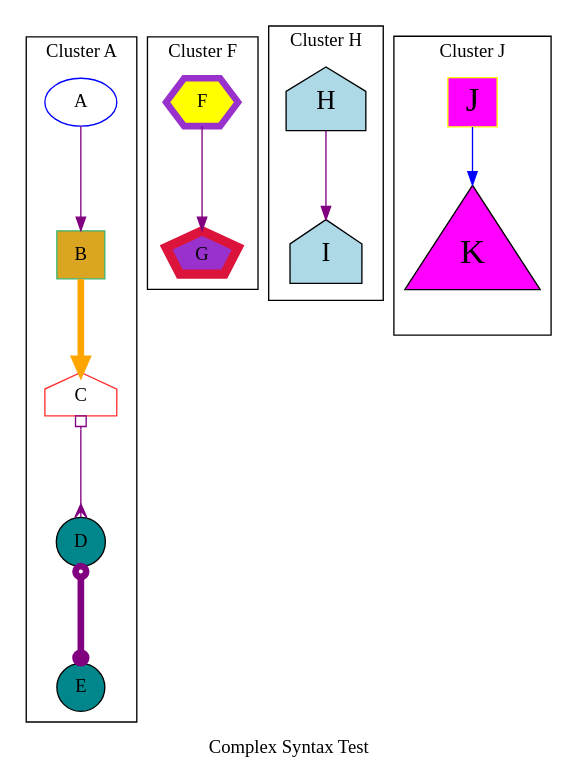
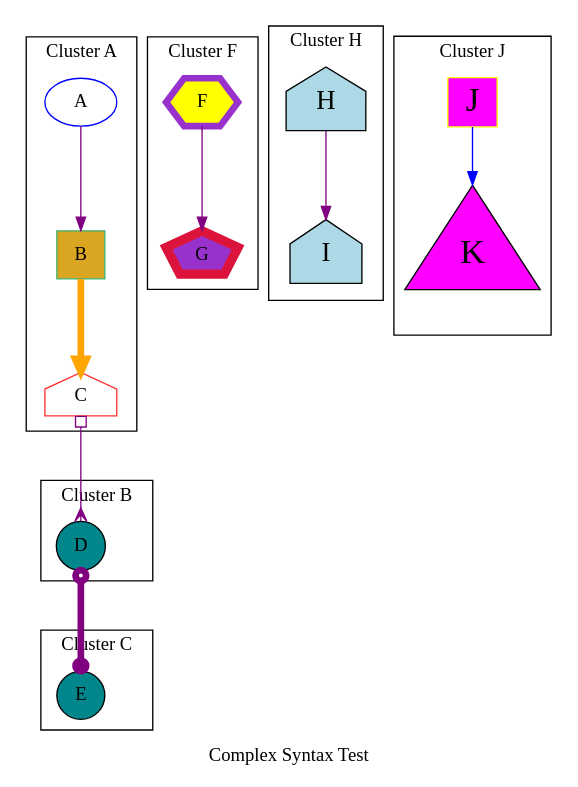
Before and after one commit to graphviz-perl/GraphViz2-Marpa-PathUtils: the diagram in data/13.clusters.out.gv, drawn with Graphviz. The commit also changed 11 other files, not shown here.

```diff
--- a/data/13.clusters.out.gv
+++ b/data/13.clusters.out.gv
@@ -1,49 +1,67 @@
 strict digraph graph_55
 {
 graph [ label="Complex Syntax Test" rankdir="TB" ]
 
 subgraph "cluster A"
 {
 graph [ label="Cluster A" rankdir="TB" ]
 
 "A" [ color="blue" ]
 "B" [ color="mediumseagreen" fillcolor="goldenrod" shape="square" style="filled" ]
 "A" -> "B" [ color="purple" label="" ]
 "B" [ color="mediumseagreen" fillcolor="goldenrod" shape="square" style="filled" ]
 "C" [ color="firebrick1" shape="house" ]
 "B" -> "C" [ color="orange" label="" penwidth="5" ]
+}
+
+subgraph "cluster B"
+{
+graph [ label="Cluster B" rankdir="TB" ]
+
+"B" [ color="mediumseagreen" fillcolor="goldenrod" shape="square" style="filled" ]
+"C" [ color="firebrick1" shape="house" ]
+"B" -> "C" [ color="orange" label="" penwidth="5" ]
+"C" [ color="firebrick1" shape="house" ]
+"D" [ fillcolor="turquoise4" shape="circle" style="filled" ]
+"C" -> "D" [ arrowhead="crow" arrowtail="obox" color="purple" dir="both" label="" minlen="2" ]
+}
+
+subgraph "cluster C"
+{
+graph [ label="Cluster C" rankdir="TB" ]
+
 "C" [ color="firebrick1" shape="house" ]
 "D" [ fillcolor="turquoise4" shape="circle" style="filled" ]
 "C" -> "D" [ arrowhead="crow" arrowtail="obox" color="purple" dir="both" label="" minlen="2" ]
 "D" [ fillcolor="turquoise4" shape="circle" style="filled" ]
 "E" [ fillcolor="turquoise4" shape="circle" style="filled" ]
 "D" -> "E" [ arrowhead="dot" arrowtail="odot" color="purple" dir="both" label="" minlen="2" penwidth="5" ]
 }
 
 subgraph "cluster F"
 {
 graph [ label="Cluster F" rankdir="TB" ]
 
 "F" [ color="darkorchid" fillcolor="yellow" penwidth="5" shape="hexagon" style="filled" ]
 "G" [ color="crimson" fillcolor="darkorchid" penwidth="7" shape="pentagon" style="filled" ]
 "F" -> "G" [ color="purple" label="" ]
 }
 
 subgraph "cluster H"
 {
 graph [ label="Cluster H" rankdir="TB" ]
 
 "H" [ fillcolor="lightblue" fontsize="20" shape="house" style="filled" ]
 "I" [ fillcolor="lightblue" fontsize="20" shape="house" style="filled" ]
 "H" -> "I" [ color="purple" label="" ]
 }
 
 subgraph "cluster J"
 {
 graph [ label="Cluster J" rankdir="TB" ]
 
 "J" [ color="yellow" fillcolor="magenta" fontsize="26" shape="square" style="filled" ]
 "K" [ fillcolor="magenta" fontsize="26" shape="triangle" style="filled" ]
 "J" -> "K" [ color="blue" label="" ]
 }
 }
```
